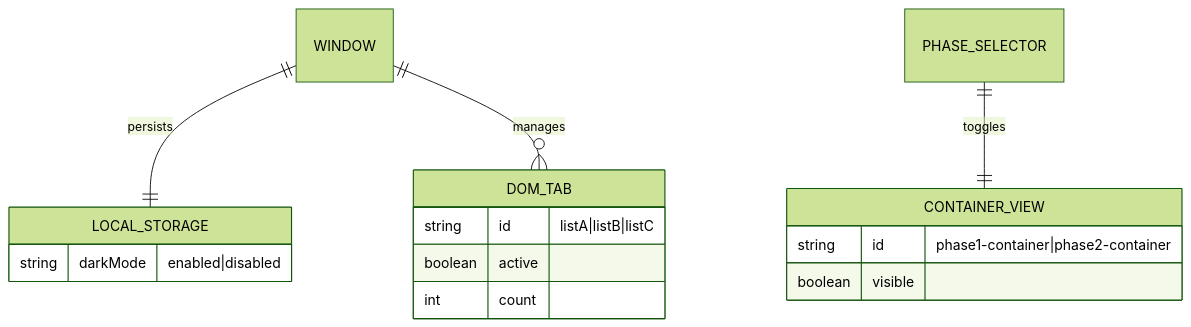
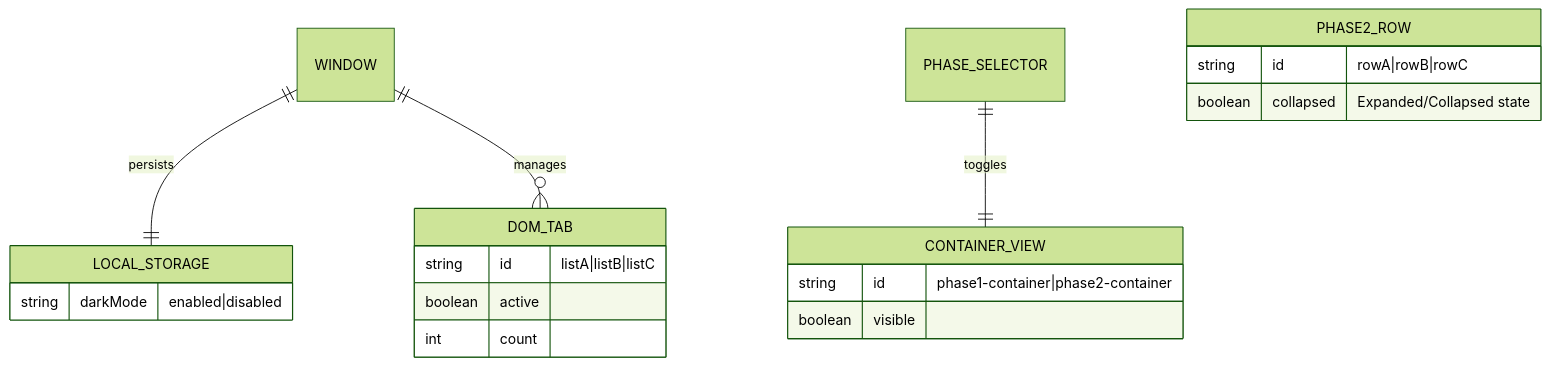
The third of 3 diagrams in DATA_MODEL.md (kerry-davis/form-name-matcher), drawn with Mermaid (forest theme) before and after one commit. The commit also changed other lines of this file and 1 other file, not shown here.

````diff
--- a/DATA_MODEL.md
+++ b/DATA_MODEL.md
@@ -138,21 +141,26 @@
 ```mermaid
 erDiagram
   WINDOW ||--|| LOCAL_STORAGE : "persists"
   WINDOW ||--o{ DOM_TAB : "manages"
   PHASE_SELECTOR ||--|| CONTAINER_VIEW : "toggles"
 
   LOCAL_STORAGE {
     string darkMode "enabled|disabled"
   }
 
   DOM_TAB {
     string id "listA|listB|listC"
     boolean active
     int count
   }
 
   CONTAINER_VIEW {
     string id "phase1-container|phase2-container"
     boolean visible
   }
+
+  PHASE2_ROW {
+    string id "rowA|rowB|rowC"
+    boolean collapsed "Expanded/Collapsed state"
+  }
 ```
````
